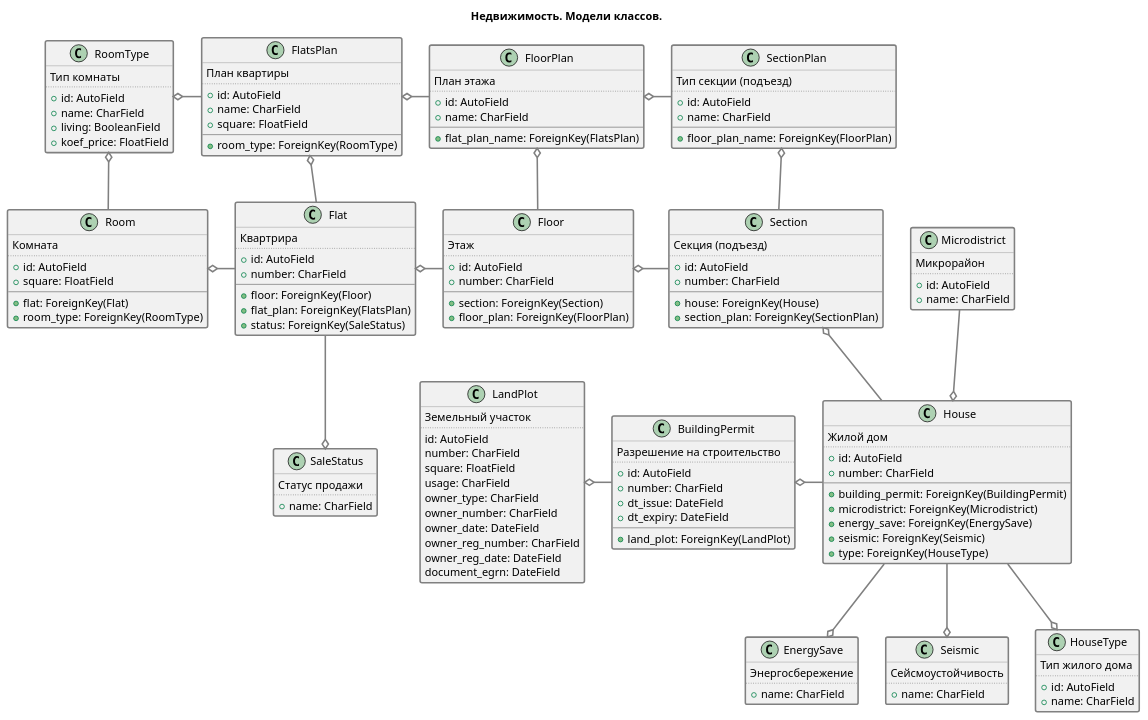
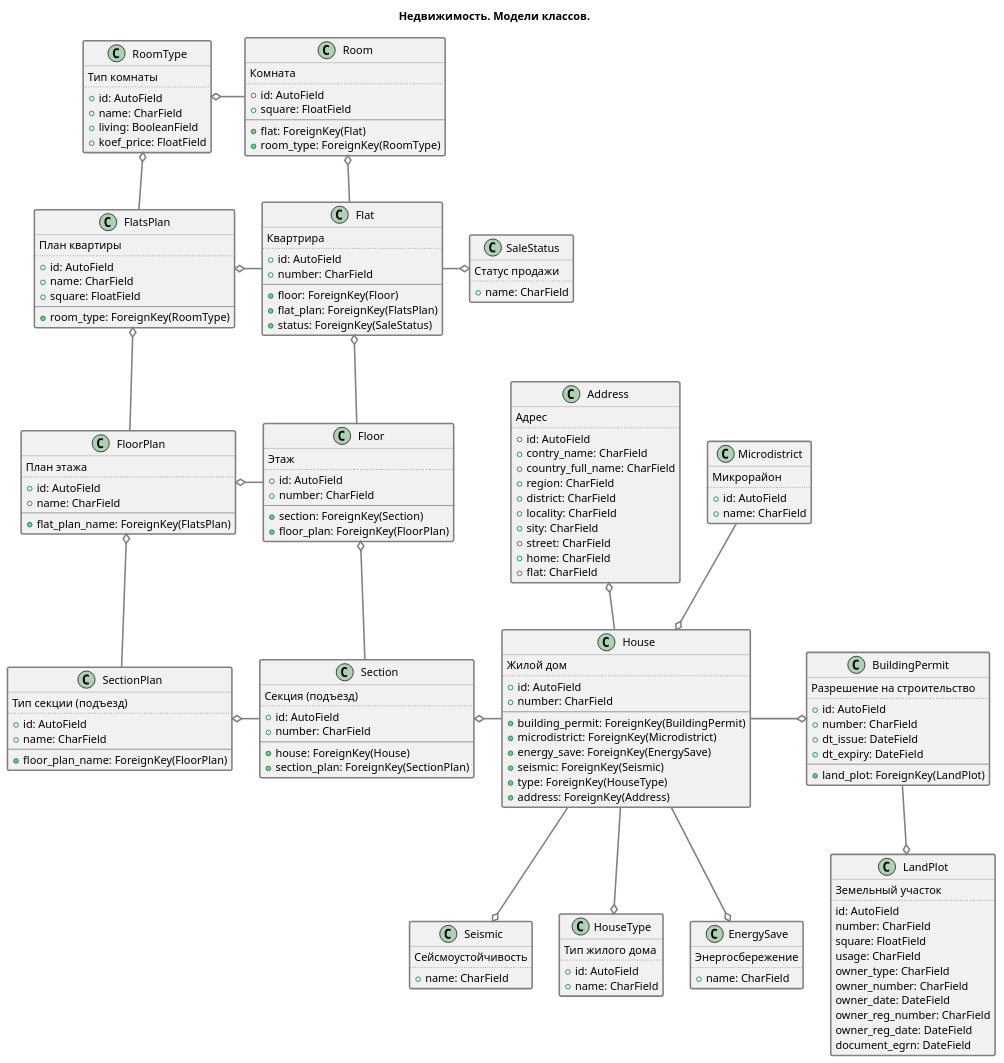
Before and after one commit to TOP-Python328/Grechishnyj_diploma: the diagram in doc/plantuml/flats.puml, drawn with PlantUML. The commit also changed 23 other files, not shown here.

```diff
--- a/doc/plantuml/flats.puml
+++ b/doc/plantuml/flats.puml
@@ -1,181 +1,198 @@
 @startuml
 
 
 hide class empty members
 
 title 
 	Недвижимость. Модели классов. 
 end title
   
 class EnergySave ##[bold]grey{
     Энергосбережение
 	..
 	+ name: CharField
 }
 
 class Seismic ##[bold]grey{
     Сейсмоустойчивость
 	..
 	+ name: CharField
 }
 
 class SaleStatus ##[bold]grey{
     Статус продажи
 	..
 	+ name: CharField
 }
 
 class LandPlot ##[bold]grey{
     Земельный участок
 	..
     id: AutoField
     number: CharField
     square: FloatField
     usage: CharField
     owner_type: CharField
     owner_number: CharField
     owner_date: DateField
     owner_reg_number: CharField
     owner_reg_date: DateField
     document_egrn: DateField
 }
 
 class BuildingPermit ##[bold]grey{
     Разрешение на строительство
 	..
 	+ id: AutoField
 	+ number: CharField
 	+ dt_issue: DateField
 	+ dt_expiry: DateField
 	--
 	+ land_plot: ForeignKey(LandPlot)
 }
 
 class HouseType ##[bold]grey{
     Тип жилого дома
 	..
 	+ id: AutoField
 	+ name: CharField
 }
 
 class Microdistrict ##[bold]grey{
     Микрорайон
 	..
 	+ id: AutoField
 	+ name: CharField
 }
 
 class House ##[bold]grey{
     Жилой дом
 	..
 	+ id: AutoField
 	+ number: CharField
 	--
 	+ building_permit: ForeignKey(BuildingPermit)
 	+ microdistrict: ForeignKey(Microdistrict)
 	+ energy_save: ForeignKey(EnergySave)
 	+ seismic: ForeignKey(Seismic)
 	+ type: ForeignKey(HouseType)
+	+ address: ForeignKey(Address)
 }
 
 class SectionPlan ##[bold]grey{
     Тип секции (подъезд)
 	..
 	+ id: AutoField
 	+ name: CharField
 	--
 	+ floor_plan_name: ForeignKey(FloorPlan)
 }
 
 class Section ##[bold]grey{
     Секция (подъезд)
 	..
 	+ id: AutoField
 	+ number: CharField
 	--
 	+ house: ForeignKey(House)
 	+ section_plan: ForeignKey(SectionPlan)
 }
 
 class FloorPlan ##[bold]grey{
     План этажа
 	..
 	+ id: AutoField
 	+ name: CharField
 	--
 	+ flat_plan_name: ForeignKey(FlatsPlan)
 }
 
 class Floor ##[bold]grey{
     Этаж
 	..
 	+ id: AutoField
 	+ number: CharField
 	--
 	+ section: ForeignKey(Section)
 	+ floor_plan: ForeignKey(FloorPlan)
 }
 
 class RoomType ##[bold]grey{
     Тип комнаты
 	..
 	+ id: AutoField
 	+ name: CharField
 	+ living: BooleanField
 	+ koef_price: FloatField
 }
 
 class Room ##[bold]grey{
     Комната
 	..
     + id: AutoField
     + square: FloatField
 	--
     + flat: ForeignKey(Flat)
     + room_type: ForeignKey(RoomType)
 }
 
 class FlatsPlan ##[bold]grey{
     План квартиры
 	..
 	+ id: AutoField
 	+ name: CharField
 	+ square: FloatField
 	--
 	+ room_type: ForeignKey(RoomType)
 }
 
 class Flat ##[bold]grey{
     Квартрира
 	..
 	+ id: AutoField
 	+ number: CharField
 	--
 	+ floor: ForeignKey(Floor)
 	+ flat_plan: ForeignKey(FlatsPlan)
 	+ status: ForeignKey(SaleStatus)
 }
 
-FlatsPlan      -[#grey,bold]l-o  RoomType 
-FloorPlan      -[#grey,bold]l-o  FlatsPlan
-SectionPlan    -[#grey,bold]l-o  FloorPlan
+class Address ##[bold]grey{
+    Адрес
+	..
+    + id: AutoField
+    + contry_name: CharField
+    + country_full_name: CharField
+    + region: CharField
+    + district: CharField
+	+ locality: CharField
+    + sity: CharField
+    + street: CharField
+    + home: CharField
+    + flat: CharField
+}
 
-RoomType      o-[#grey,bold]-    Room
-FlatsPlan     o-[#grey,bold]-    Flat
-FloorPlan     o-[#grey,bold]-    Floor
-SectionPlan   o-[#grey,bold]-    Section
+FlatsPlan      -[#grey,bold]u-o  RoomType 
+FloorPlan      -[#grey,bold]u-o  FlatsPlan
+SectionPlan    -[#grey,bold]u-o  FloorPlan
+
+RoomType      o-[#grey,bold]r-    Room
+FlatsPlan     o-[#grey,bold]r-    Flat
+FloorPlan     o-[#grey,bold]r-    Floor
+SectionPlan   o-[#grey,bold]r-    Section
 
 Room          o-[#grey,bold]r-   Flat
 Flat          o-[#grey,bold]r-   Floor
 Floor         o-[#grey,bold]r-   Section
-Section       o-[#grey,bold]d-   House   
+Section       o-[#grey,bold]r-   House   
 
-Flat           -[#grey,bold]d-o  SaleStatus
-BuildingPermit -[#grey,bold]l-o  LandPlot
-House          -[#grey,bold]l-o  BuildingPermit
+Flat           -[#grey,bold]r-o  SaleStatus
+BuildingPermit -[#grey,bold]d-o  LandPlot
+House          -[#grey,bold]r-o  BuildingPermit
 House          -[#grey,bold]d-o  EnergySave
 House          -[#grey,bold]d-o  Seismic
 House          -[#grey,bold]d-o  HouseType
 House         o-[#grey,bold]u-   Microdistrict
+House          -[#grey,bold]u-o   Address
 
 @enduml
```
